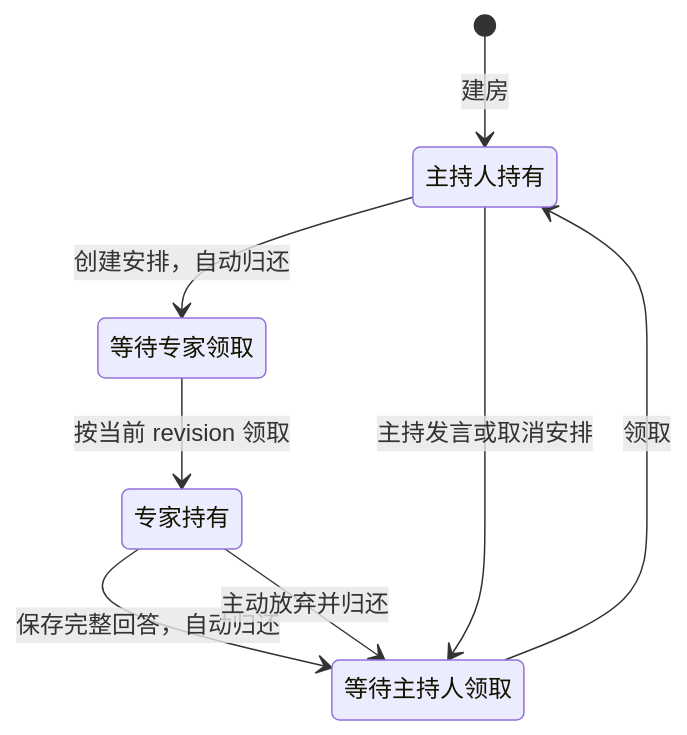
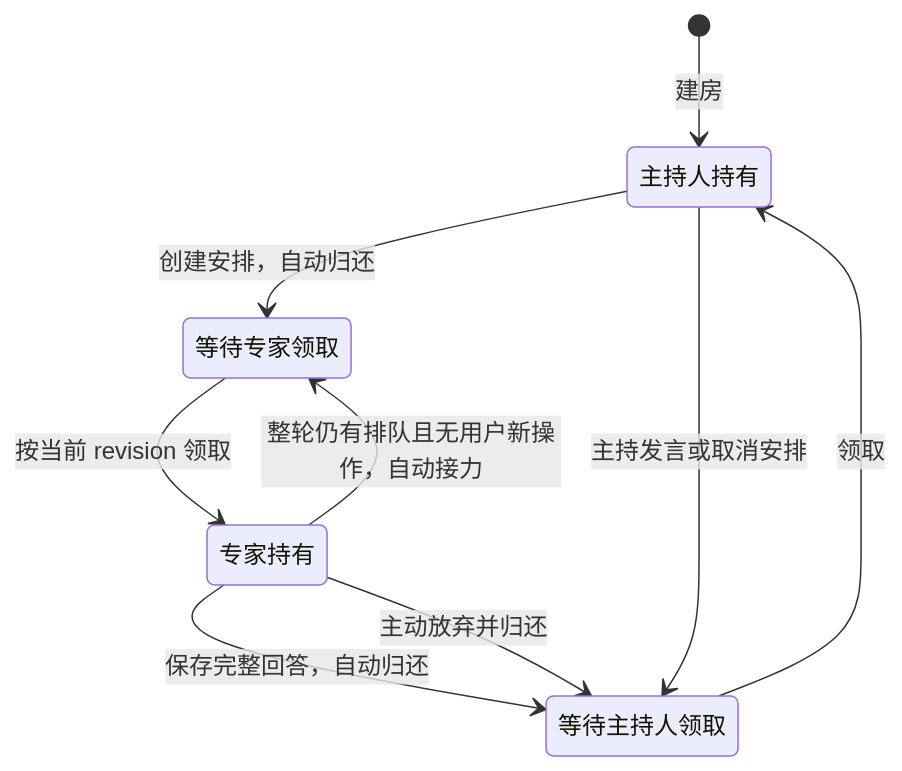
The diagram in docs/workflow.md (huyan1458/ai_co_discuss), drawn with Mermaid before and after one commit. The commit also changed other lines of this file and 14 other files, not shown here.

````diff
--- a/docs/workflow.md
+++ b/docs/workflow.md
@@ -57,10 +57,11 @@
 ```mermaid
 stateDiagram-v2
     [*] --> 主持人持有: 建房
     主持人持有 --> 等待专家领取: 创建安排，自动归还
     等待专家领取 --> 专家持有: 按当前 revision 领取
     专家持有 --> 等待主持人领取: 保存完整回答，自动归还
+    专家持有 --> 等待专家领取: 整轮仍有排队且无用户新操作，自动接力
     等待主持人领取 --> 主持人持有: 领取
     主持人持有 --> 等待主持人领取: 主持发言或取消安排
     专家持有 --> 等待主持人领取: 主动放弃并归还
 ```
````
